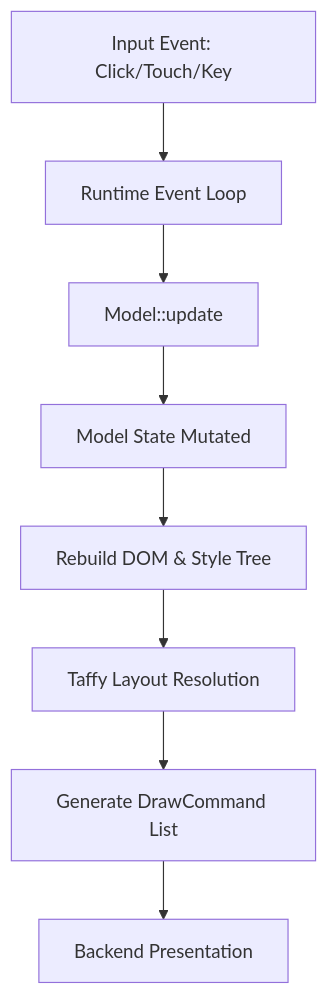
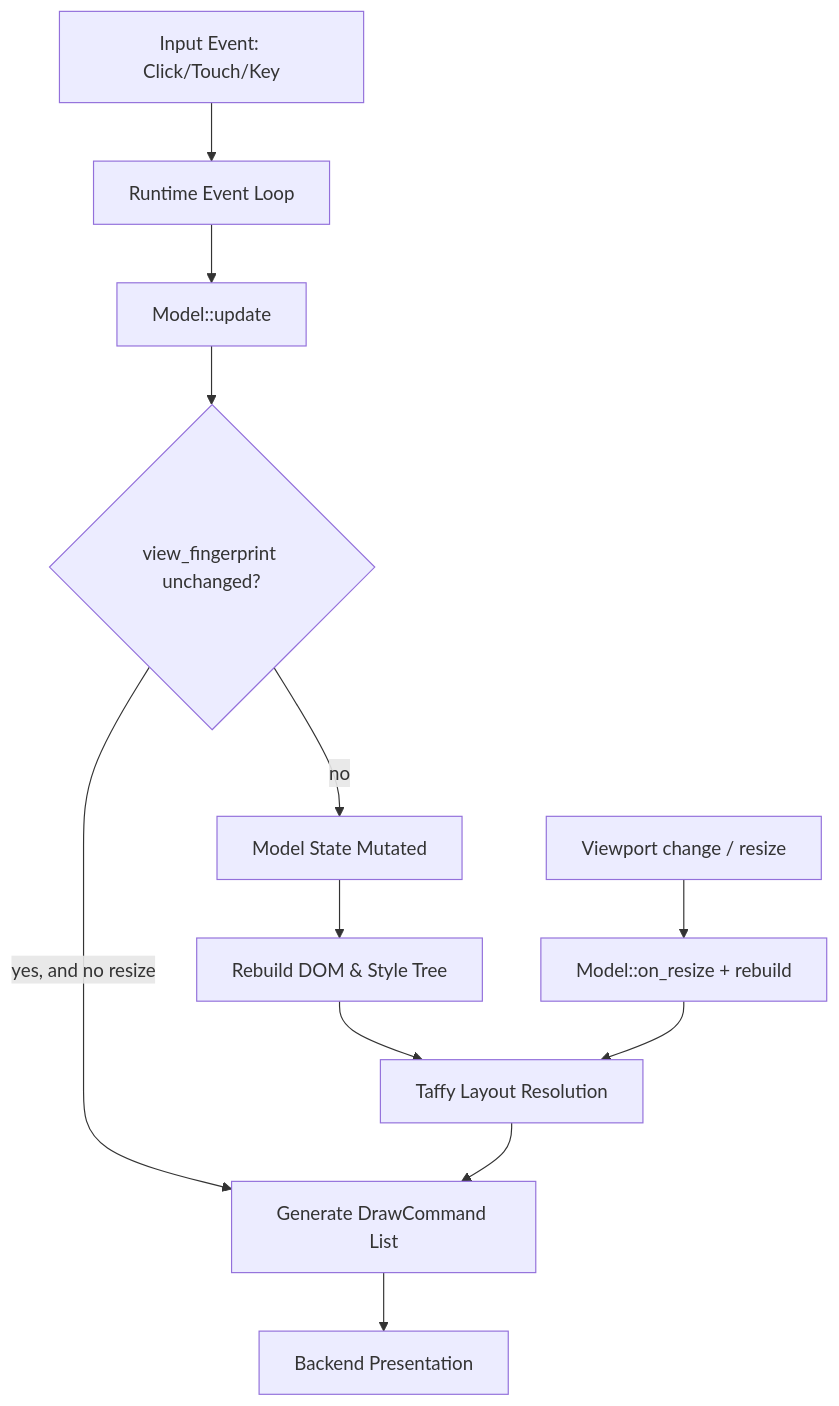
The diagram in docs/architecture.md (spatker/xerune), drawn with Mermaid before and after one commit. The commit also changed other lines of this file and 21 other files, not shown here.

````diff
--- a/docs/architecture.md
+++ b/docs/architecture.md
@@ -9,10 +9,13 @@
 ```mermaid
 graph TD
     A[Input Event: Click/Touch/Key] --> B[Runtime Event Loop]
     B --> C[Model::update]
-    C --> D[Model State Mutated]
+    C --> FGP{view_fingerprint unchanged?}
+    FGP -->|yes, and no resize| G[Generate DrawCommand List]
+    FGP -->|no| D[Model State Mutated]
     D --> E[Rebuild DOM & Style Tree]
     E --> F[Taffy Layout Resolution]
-    F --> G[Generate DrawCommand List]
+    F --> G
     G --> H[Backend Presentation]
+    R[Viewport change / resize] --> RS[Model::on_resize + rebuild] --> F
 ```
````
